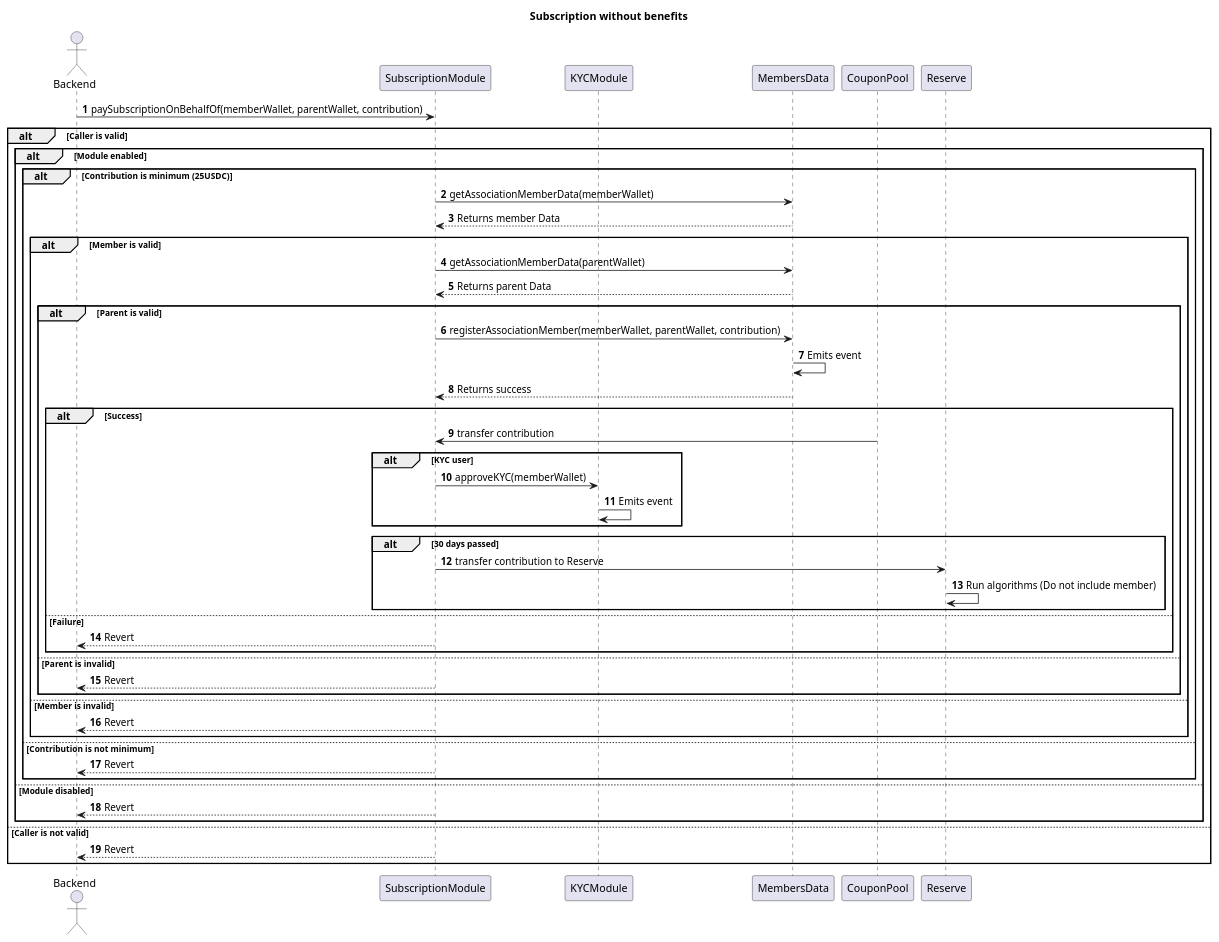
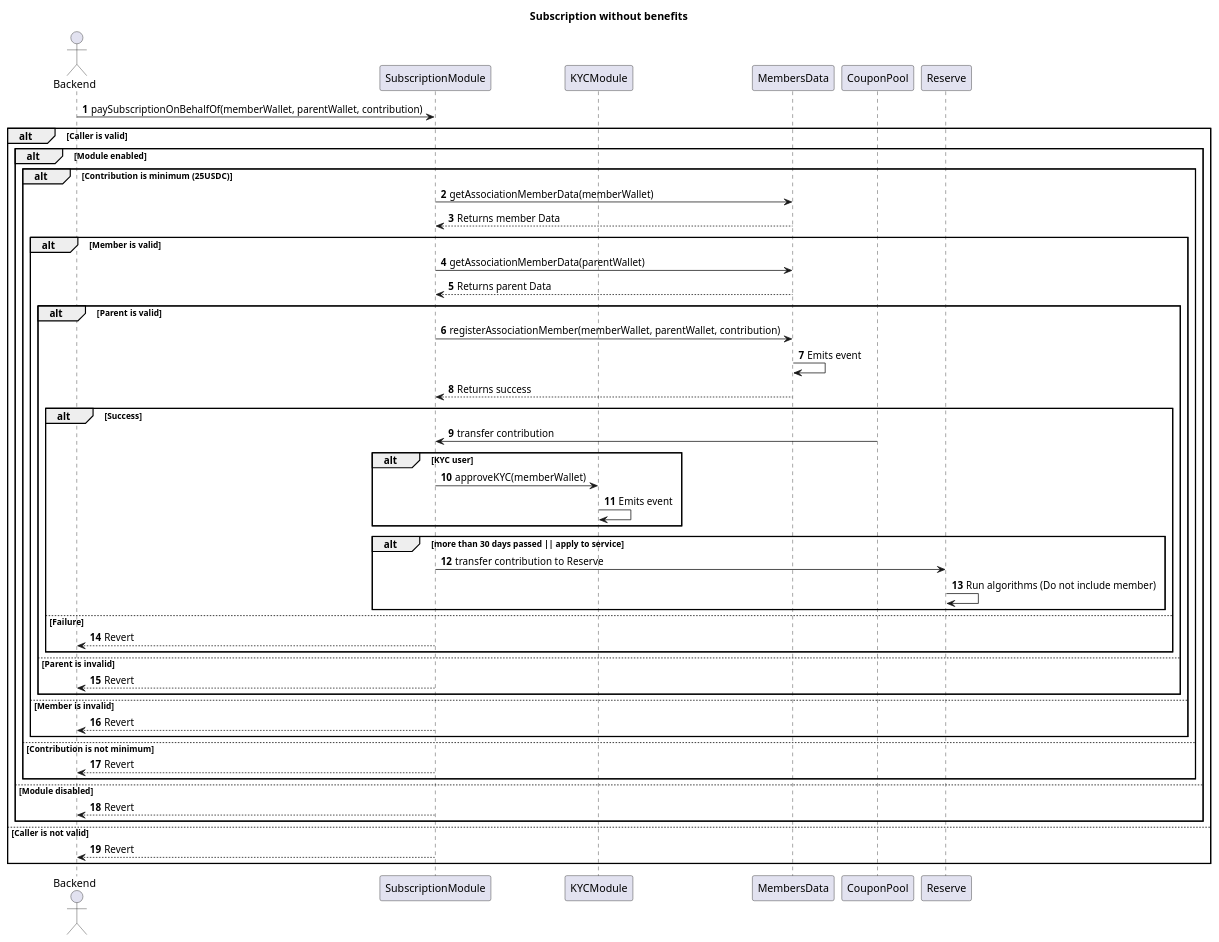
Before and after one commit to TakafulDAO/takasure.sc: the diagram in docs/sequence_diagrams/Subscriptions/subscription-without-benefit.puml, drawn with PlantUML. The commit also changed 2 other files, not shown here.

```diff
--- a/docs/sequence_diagrams/Subscriptions/subscription-without-benefit.puml
+++ b/docs/sequence_diagrams/Subscriptions/subscription-without-benefit.puml
@@ -1,66 +1,66 @@
 @startuml Subscriptions without benefits
 title Subscription without benefits
 autonumber
 
 actor Backend
 participant SubscriptionModule
 participant KYCModule
 participant MembersData
 participant CouponPool
 participant Reserve
 
 Backend -> SubscriptionModule: paySubscriptionOnBehalfOf(memberWallet, parentWallet, contribution)
 
 alt Caller is valid
   alt Module enabled
     alt Contribution is minimum (25USDC)
       SubscriptionModule -> MembersData: getAssociationMemberData(memberWallet)
       MembersData --> SubscriptionModule: Returns member Data
 
       alt Member is valid
         SubscriptionModule -> MembersData: getAssociationMemberData(parentWallet)
         MembersData --> SubscriptionModule: Returns parent Data
 
         alt Parent is valid
           SubscriptionModule -> MembersData: registerAssociationMember(memberWallet, parentWallet, contribution)
           MembersData -> MembersData: Emits event
           MembersData --> SubscriptionModule: Returns success
 
           alt Success
             CouponPool -> SubscriptionModule: transfer contribution
 
             alt KYC user
               SubscriptionModule -> KYCModule: approveKYC(memberWallet)
               KYCModule -> KYCModule: Emits event
             end
 
-            alt 30 days passed
+            alt more than 30 days passed || apply to service
               SubscriptionModule -> Reserve: transfer contribution to Reserve
               Reserve -> Reserve: Run algorithms (Do not include member)           
             end
 
           else Failure
             SubscriptionModule --> Backend: Revert
           end
 
         else Parent is invalid
           SubscriptionModule --> Backend: Revert
         end
 
       else Member is invalid 
         SubscriptionModule --> Backend: Revert
       end
 
     else Contribution is not minimum
       SubscriptionModule --> Backend: Revert
     end
 
   else Module disabled
     SubscriptionModule --> Backend: Revert
   end
 
 else Caller is not valid
   SubscriptionModule --> Backend: Revert
 end
 
 @enduml
```
